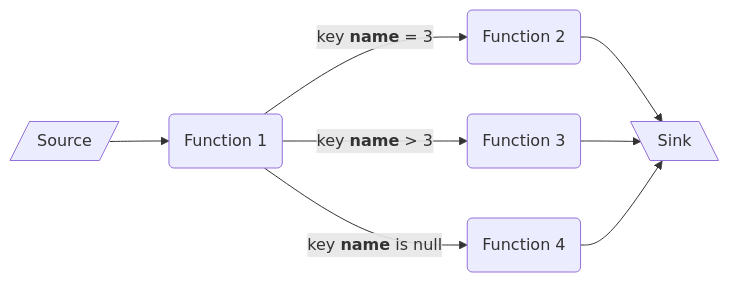
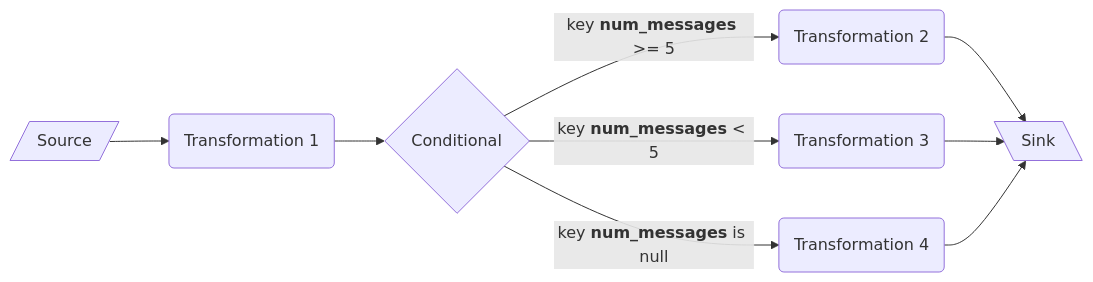
The second of 2 diagrams in README.md (glassflow/pipelines-repo-template), drawn with Mermaid before and after one commit. The commit also changed other lines of this file, not shown here.

````diff
--- a/README.md
+++ b/README.md
@@ -129,18 +285,19 @@
 ```mermaid
 ---
 Branching Example
 ---
 flowchart LR
     
     source@{ shape: lean-r, label: "Source" }
     sink@{ shape: lean-l, label: "Sink" }
-    fn_1@{ shape: rounded, label: "Function 1" }
-    fn_2@{ shape: rounded, label: "Function 2" }
-    fn_3@{ shape: rounded, label: "Function 3" }
-    fn_4@{ shape: rounded, label: "Function 4" }
+    fn_1@{ shape: rounded, label: "Transformation 1" }
+    cond@{ shape: diamond, label: "Conditional" }
+    fn_2@{ shape: rounded, label: "Transformation 2" }
+    fn_3@{ shape: rounded, label: "Transformation 3" }
+    fn_4@{ shape: rounded, label: "Transformation 4" }
     
-    source --> fn_1
-    fn_1 --"`key **name** = 3`"--> fn_2 --> sink
-    fn_1 --"`key **name** > 3`"--> fn_3 --> sink
-    fn_1 --"`key **name** is null`"--> fn_4 --> sink
+    source --> fn_1 --> cond
+    cond --"`key **num_messages** >= 5`"--> fn_2 --> sink
+    cond --"`key **num_messages** < 5`"--> fn_3 --> sink
+    cond --"`key **num_messages** is null`"--> fn_4 --> sink
 ```
````
